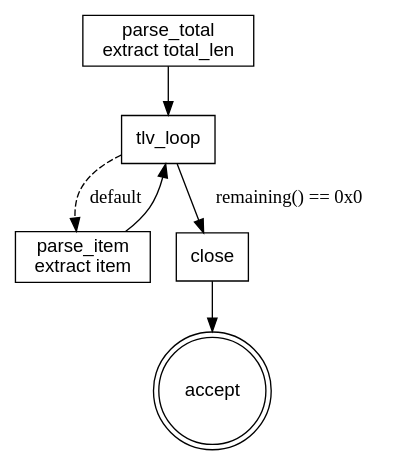
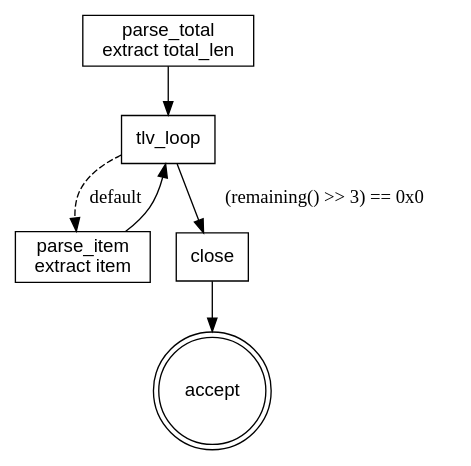
Before and after one commit to qobilidop/pakeles: the diagram in examples/tlv_items/gen/graph.dot, drawn with Graphviz. The commit also changed 148 other files, not shown here.

```diff
--- a/examples/tlv_items/gen/graph.dot
+++ b/examples/tlv_items/gen/graph.dot
@@ -1,14 +1,14 @@
 digraph "tlv_items" {
   rankdir=TB;
   node [fontname="Helvetica"];
   "parse_total" [shape=box, label="parse_total\nextract total_len"];
   "tlv_loop" [shape=box, label="tlv_loop", tooltip="Loop head: region exhausted -> close; else another item.", href="#"];
   "parse_item" [shape=box, label="parse_item\nextract item"];
   "close" [shape=box, label="close", tooltip="Exact-mode pop: trailing bytes inside the region reject.", href="#"];
   "accept" [shape=doublecircle];
   "parse_total" -> "tlv_loop";
-  "tlv_loop" -> "close" [label="remaining() == 0x0"];
+  "tlv_loop" -> "close" [label="(remaining() >> 3) == 0x0"];
   "tlv_loop" -> "parse_item" [label="default", style=dashed];
   "parse_item" -> "tlv_loop";
   "close" -> "accept";
 }
```
